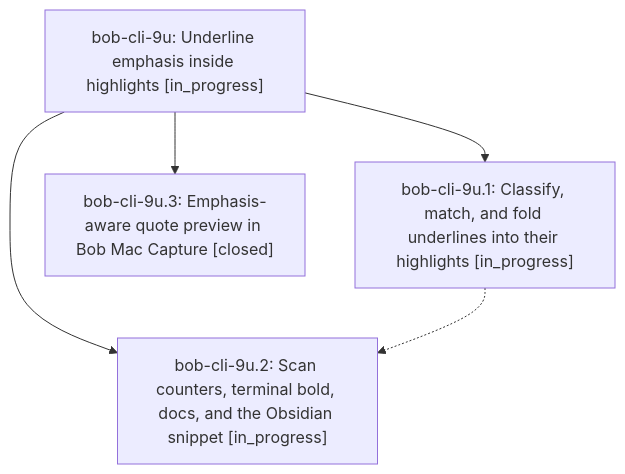
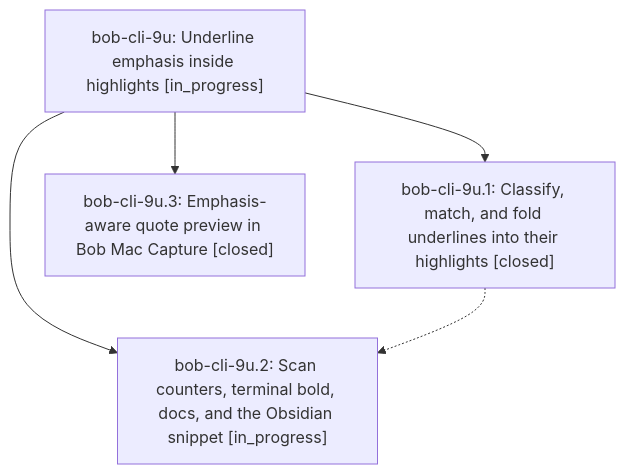
Before and after one commit to bobs-org/bob-cli--beads: the diagram in pages/bob-cli-9u/README.md, drawn with Mermaid. The commit also changed other lines of this file and 3 other files, not shown here.

First line of the commit message:
chore(beads): sync bead state and pages for bob-cli-9u

````diff
--- a/pages/bob-cli-9u/README.md
+++ b/pages/bob-cli-9u/README.md
@@ -24,11 +36,11 @@
 ```mermaid
 flowchart TD
     n0["bob-cli-9u: Underline emphasis inside highlights [in_progress]"]
-    n1["bob-cli-9u.1: Classify, match, and fold underlines into their highlights [in_progress]"]
+    n1["bob-cli-9u.1: Classify, match, and fold underlines into their highlights [closed]"]
     n2["bob-cli-9u.2: Scan counters, terminal bold, docs, and the Obsidian snippet [in_progress]"]
     n3["bob-cli-9u.3: Emphasis-aware quote preview in Bob Mac Capture [closed]"]
     n0 --> n1
     n0 --> n2
     n0 --> n3
     n1 -.-> n2
 ```
````
